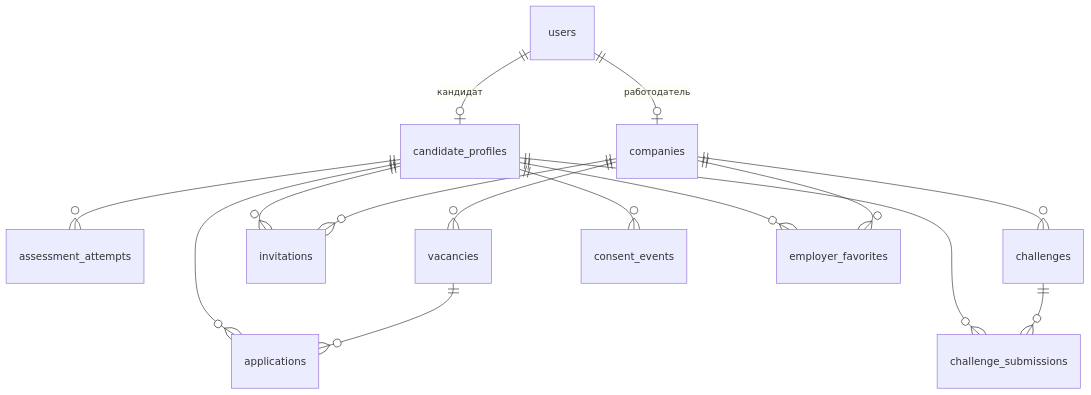
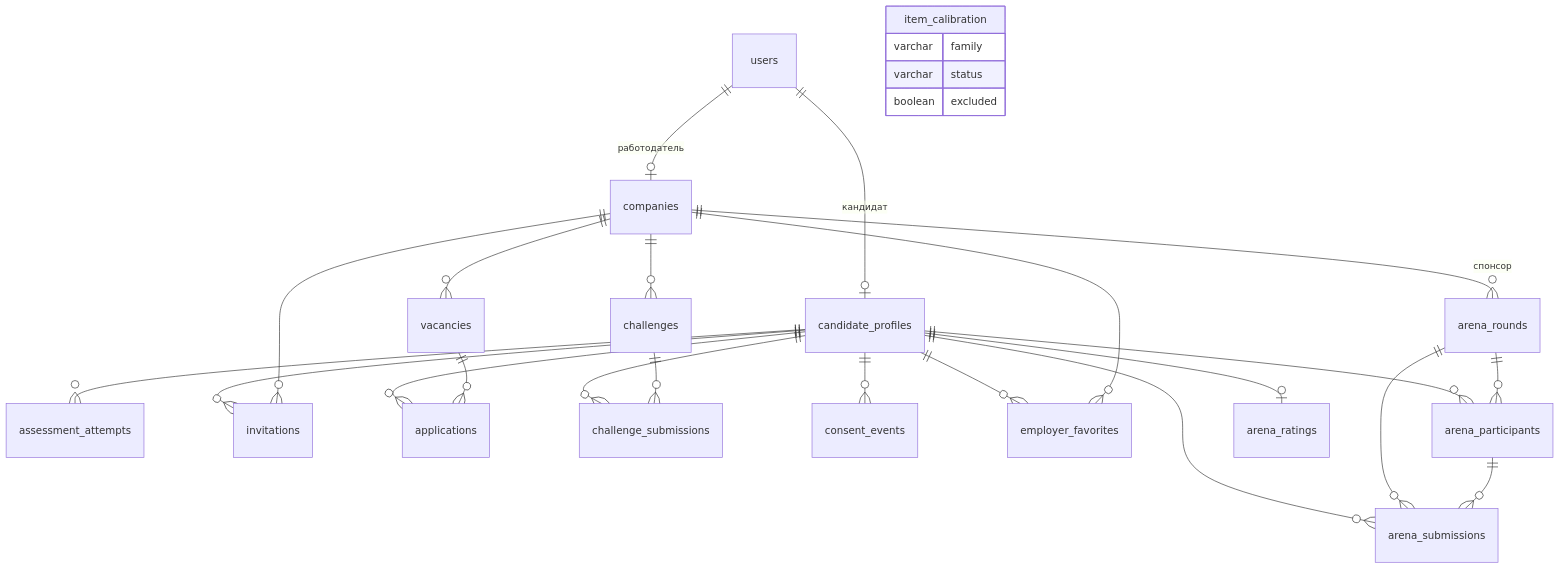
The diagram in docs/schema.md (Fighter90/hyrekit_fsp), drawn with Mermaid before and after one commit. The commit also changed other lines of this file and 30 other files, not shown here.

````diff
--- a/docs/schema.md
+++ b/docs/schema.md
@@ -5,17 +17,29 @@
 ```mermaid
 erDiagram
   users ||--o| candidate_profiles : "кандидат"
   users ||--o| companies : "работодатель"
   candidate_profiles ||--o{ assessment_attempts : ""
   companies ||--o{ vacancies : ""
   companies ||--o{ invitations : ""
   candidate_profiles ||--o{ invitations : ""
   vacancies ||--o{ applications : ""
   candidate_profiles ||--o{ applications : ""
   companies ||--o{ challenges : ""
   challenges ||--o{ challenge_submissions : ""
   candidate_profiles ||--o{ challenge_submissions : ""
   candidate_profiles ||--o{ consent_events : ""
   companies ||--o{ employer_favorites : ""
   candidate_profiles ||--o{ employer_favorites : ""
+  arena_rounds ||--o{ arena_participants : ""
+  candidate_profiles ||--o{ arena_participants : ""
+  arena_participants ||--o{ arena_submissions : ""
+  arena_rounds ||--o{ arena_submissions : ""
+  candidate_profiles ||--o{ arena_submissions : ""
+  candidate_profiles ||--o| arena_ratings : ""
+  companies ||--o{ arena_rounds : "спонсор"
+  item_calibration {
+    varchar family
+    varchar status
+    boolean excluded
+  }
 ```
````
